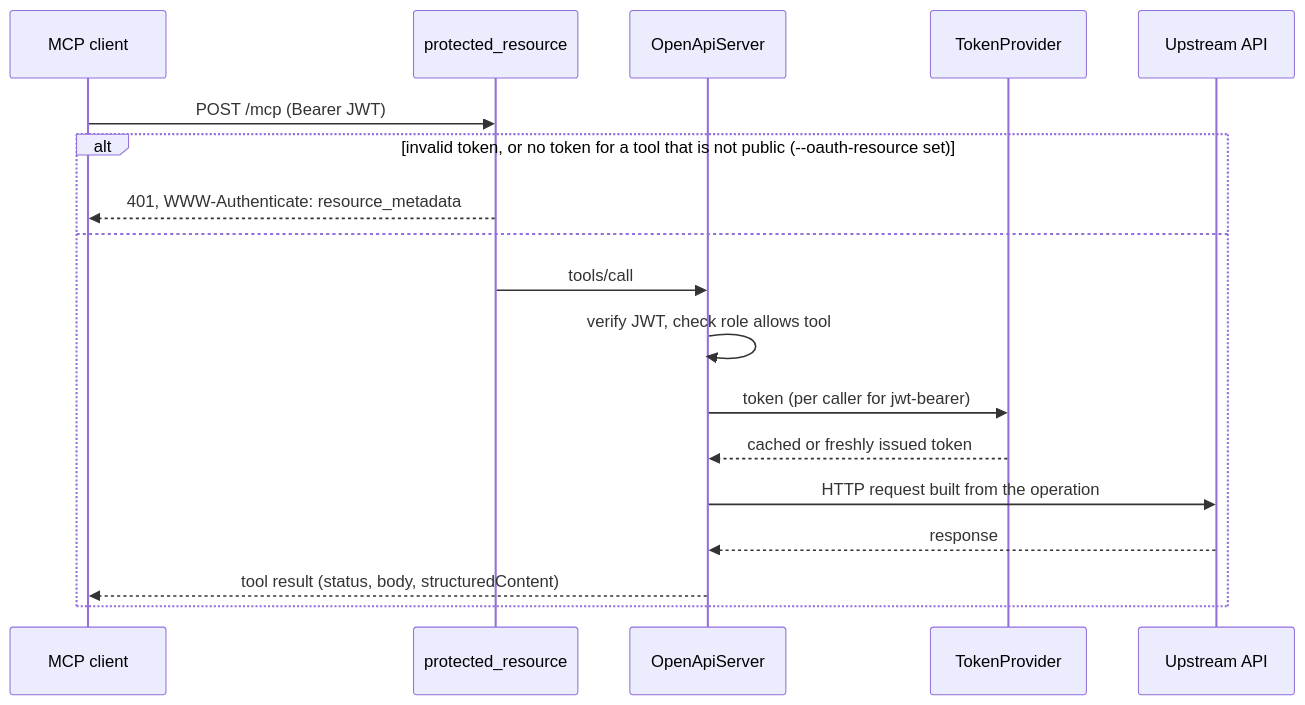
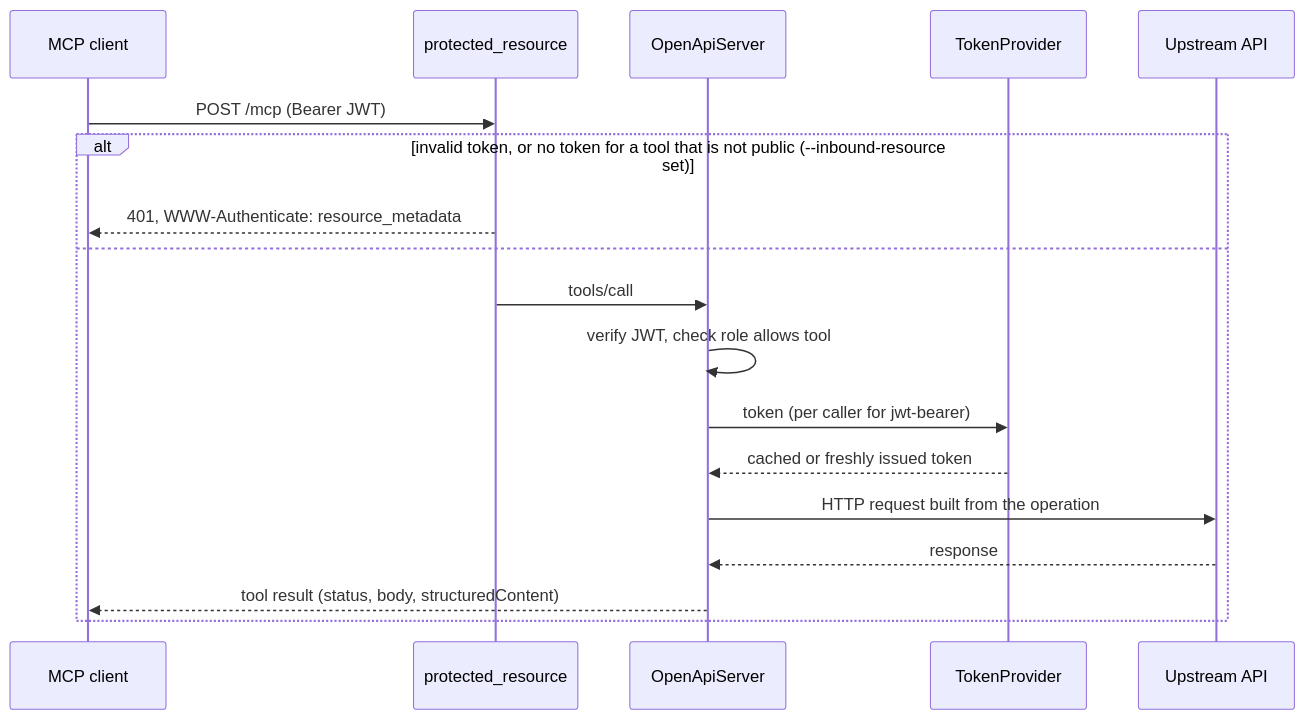
One commit to therealm-tech/oas2mcp changed the second of 2 diagrams in ARCHITECTURE.md. Above: the diagram before and after it, drawn with Mermaid. The commit also changed other lines of this file and 10 other files, not shown here.

Commit message:
rename the caller authentication flags from --oauth-* to --inbound-* (#113)

````diff
--- a/ARCHITECTURE.md
+++ b/ARCHITECTURE.md
@@ -74,21 +74,21 @@
 ```mermaid
 sequenceDiagram
     participant C as MCP client
     participant PR as protected_resource
     participant S as OpenApiServer
     participant P as TokenProvider
     participant A as Upstream API
 
     C->>PR: POST /mcp (Bearer JWT)
-    alt invalid token, or no token for a tool that is not public (--oauth-resource set)
+    alt invalid token, or no token for a tool that is not public (--inbound-resource set)
         PR-->>C: 401, WWW-Authenticate: resource_metadata
     else
         PR->>S: tools/call
         S->>S: verify JWT, check role allows tool
         S->>P: token (per caller for jwt-bearer)
         P-->>S: cached or freshly issued token
         S->>A: HTTP request built from the operation
         A-->>S: response
         S-->>C: tool result (status, body, structuredContent)
     end
 ```
````
